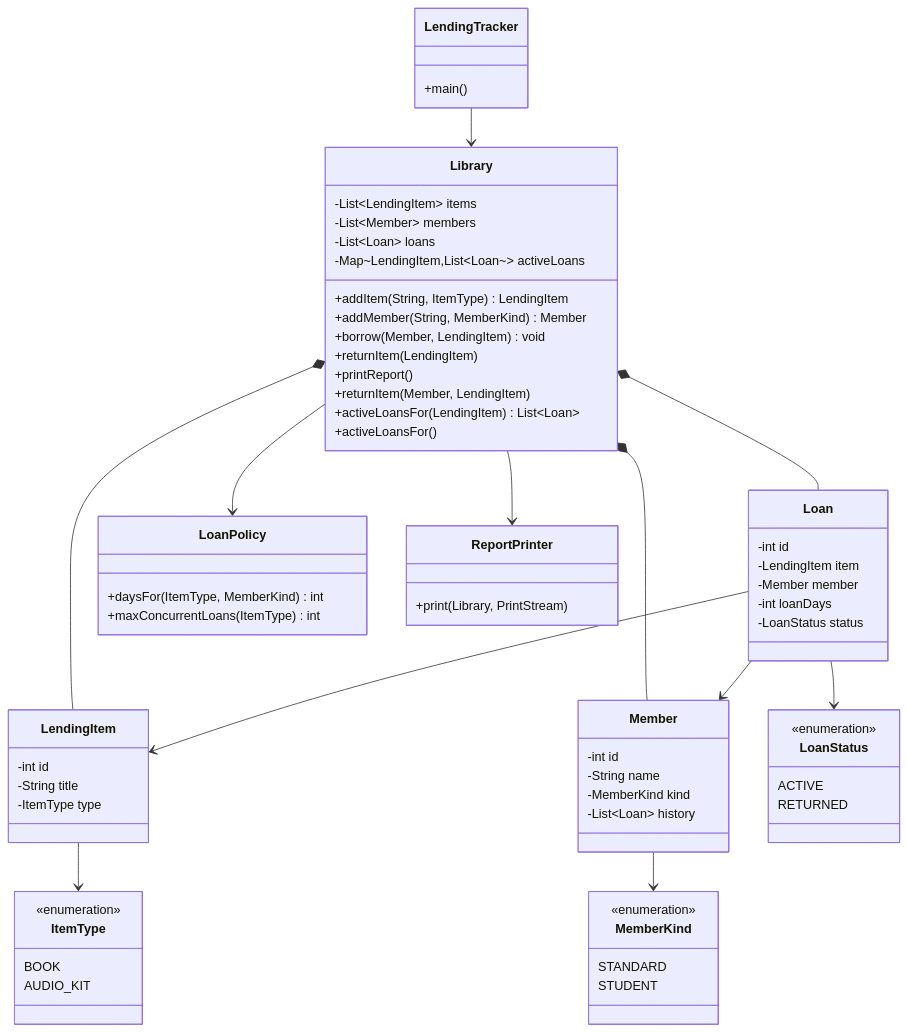
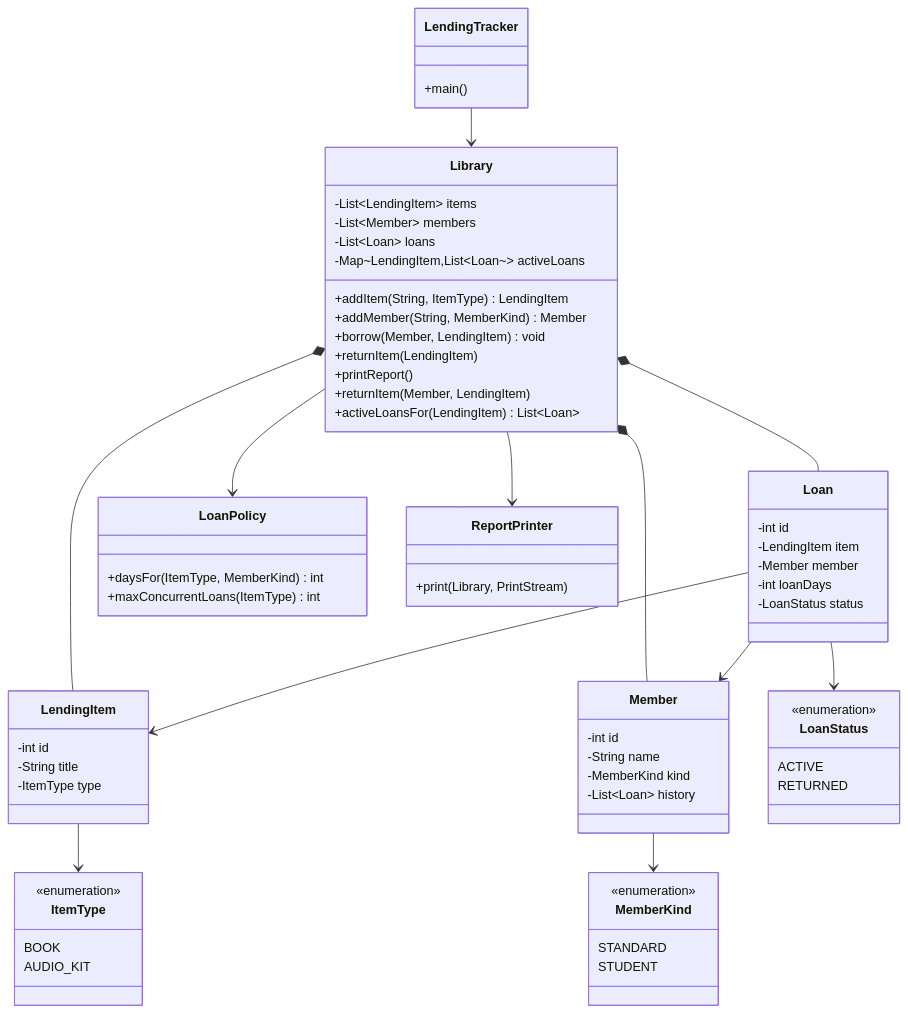
Before and after one commit to Eyiah-Phandoh/java-basics-c-the-reading-room: the diagram in DIAGNOSIS.md, drawn with Mermaid.

Commit message:
docs: remove activeLoansFor() from LendingTracker diagram

````diff
--- a/DIAGNOSIS.md
+++ b/DIAGNOSIS.md
@@ -109,81 +109,80 @@
 ```mermaid
 classDiagram
     class LendingTracker {
         +main()
     }
 
     class Library {
         -List~LendingItem~ items
         -List~Member~ members
         -List~Loan~ loans
         -Map~LendingItem,List~Loan~~ activeLoans
         +addItem(String, ItemType) LendingItem
         +addMember(String, MemberKind) Member
         +borrow(Member, LendingItem) void
         +returnItem(LendingItem)
         +printReport()
         +returnItem(Member, LendingItem)
         +activeLoansFor(LendingItem) List~Loan~
-        +activeLoansFor()
     }
 
     class LendingItem {
         -int id
         -String title
         -ItemType type
     }
 
     class Member {
         -int id
         -String name
         -MemberKind kind
         -List~Loan~ history
     }
 
     class Loan {
         -int id
         -LendingItem item
         -Member member
         -int loanDays
         -LoanStatus status
     }
 
     class ItemType {
         <<enumeration>>
         BOOK
         AUDIO_KIT
     }
 
     class MemberKind {
         <<enumeration>>
         STANDARD
         STUDENT
     }
 
     class LoanStatus {
         <<enumeration>>
         ACTIVE
         RETURNED
     }
 
     class LoanPolicy {
         +daysFor(ItemType, MemberKind) int
         +maxConcurrentLoans(ItemType) int
     }
 
     class ReportPrinter {
         +print(Library, PrintStream)
     }
 
     LendingTracker --> Library
     Library *-- LendingItem
     Library *-- Member
     Library *-- Loan
     Library --> LoanPolicy
     Library --> ReportPrinter
     Loan --> LendingItem
     Loan --> Member
     Loan --> LoanStatus
     LendingItem --> ItemType
     Member --> MemberKind
 ```
````
